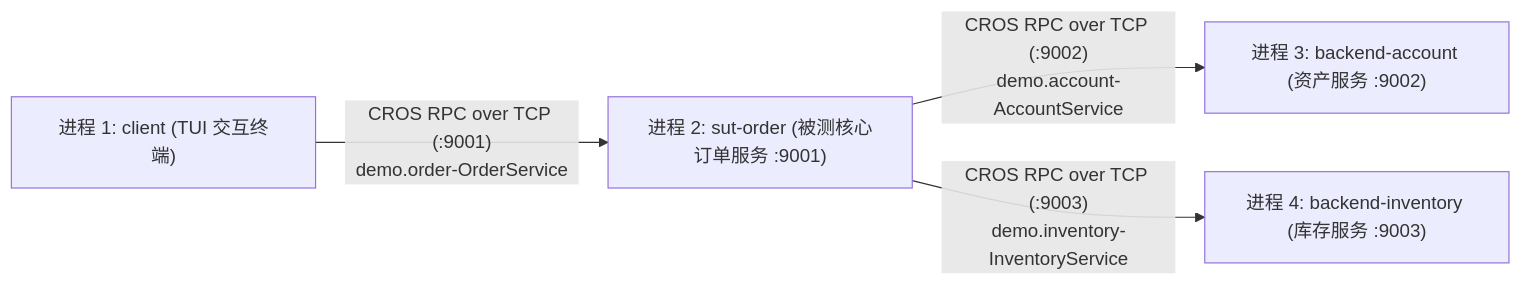
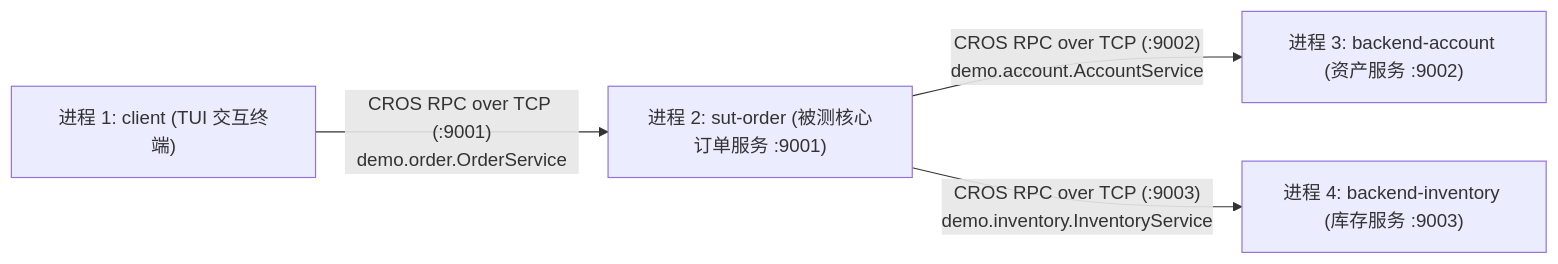
The diagram in demo/README.md (fugui/code-traefik), drawn with Mermaid before and after one commit. The commit also changed 30 other files, not shown here.

````diff
--- a/demo/README.md
+++ b/demo/README.md
@@ -9,11 +9,11 @@
 ```mermaid
 flowchart LR
     Client["进程 1: client (TUI 交互终端)"]
     SUT["进程 2: sut-order (被测核心订单服务 :9001)"]
     B1["进程 3: backend-account (资产服务 :9002)"]
     B2["进程 4: backend-inventory (库存服务 :9003)"]
 
-    Client -- "CROS RPC over TCP (:9001)<br/>demo.order-OrderService" --> SUT
-    SUT -- "CROS RPC over TCP (:9002)<br/>demo.account-AccountService" --> B1
-    SUT -- "CROS RPC over TCP (:9003)<br/>demo.inventory-InventoryService" --> B2
+    Client -- "CROS RPC over TCP (:9001)<br/>demo.order.OrderService" --> SUT
+    SUT -- "CROS RPC over TCP (:9002)<br/>demo.account.AccountService" --> B1
+    SUT -- "CROS RPC over TCP (:9003)<br/>demo.inventory.InventoryService" --> B2
 ```
````
